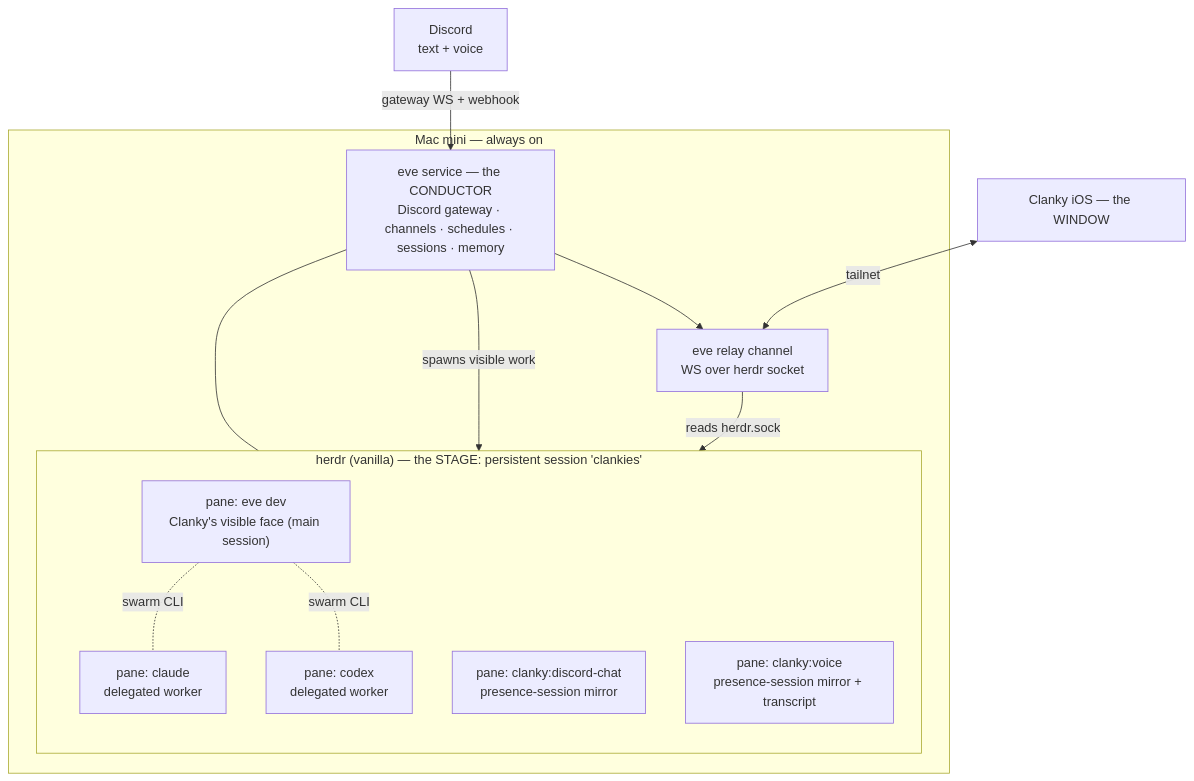
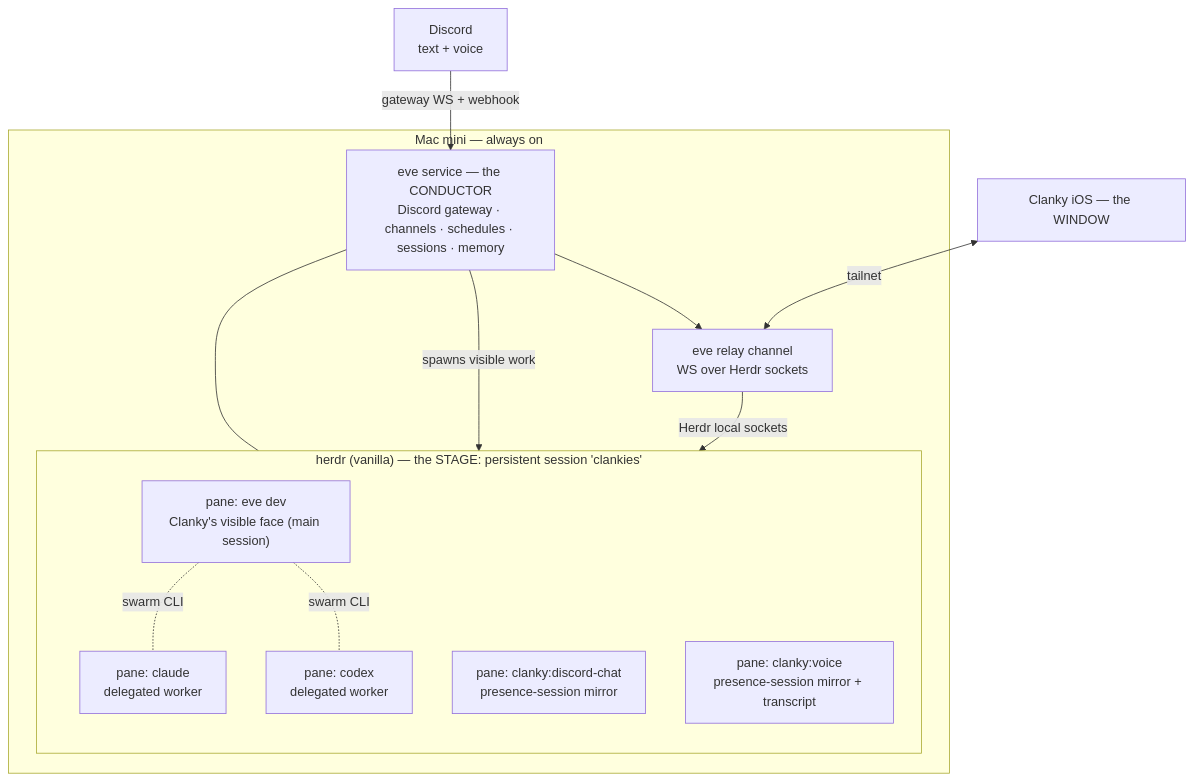
Before and after one commit to Volpestyle/clanky: the first of 3 diagrams in SPEC.md, drawn with Mermaid. The commit also changed other lines of this file and 1 other file, not shown here.

Commit message:
Clarify Herdr relay socket docs

````diff
--- a/SPEC.md
+++ b/SPEC.md
@@ -58,28 +58,28 @@
 ```mermaid
 flowchart TB
   subgraph mac["Mac mini — always on"]
     subgraph herdr["herdr (vanilla) — the STAGE: persistent session 'clankies'"]
       direction TB
       face["pane: eve dev<br/>Clanky's visible face (main session)"]
       disc["pane: clanky:discord-chat<br/>presence-session mirror"]
       voice["pane: clanky:voice<br/>presence-session mirror + transcript"]
       w1["pane: claude<br/>delegated worker"]
       w2["pane: codex<br/>delegated worker"]
     end
     eve["eve service — the CONDUCTOR<br/>Discord gateway · channels · schedules · sessions · memory"]
-    relay["eve relay channel<br/>WS over herdr socket"]
+    relay["eve relay channel<br/>WS over Herdr sockets"]
   end
 
   phone["Clanky iOS — the WINDOW"]
   discord["Discord<br/>text + voice"]
 
   discord -->|gateway WS + webhook| eve
   eve -->|spawns visible work| herdr
   eve --- face
   eve --> relay
-  relay -->|reads herdr.sock| herdr
+  relay -->|Herdr local sockets| herdr
   phone <-->|tailnet| relay
 
   face -. swarm CLI .- w1
   face -. swarm CLI .- w2
 ```
````
